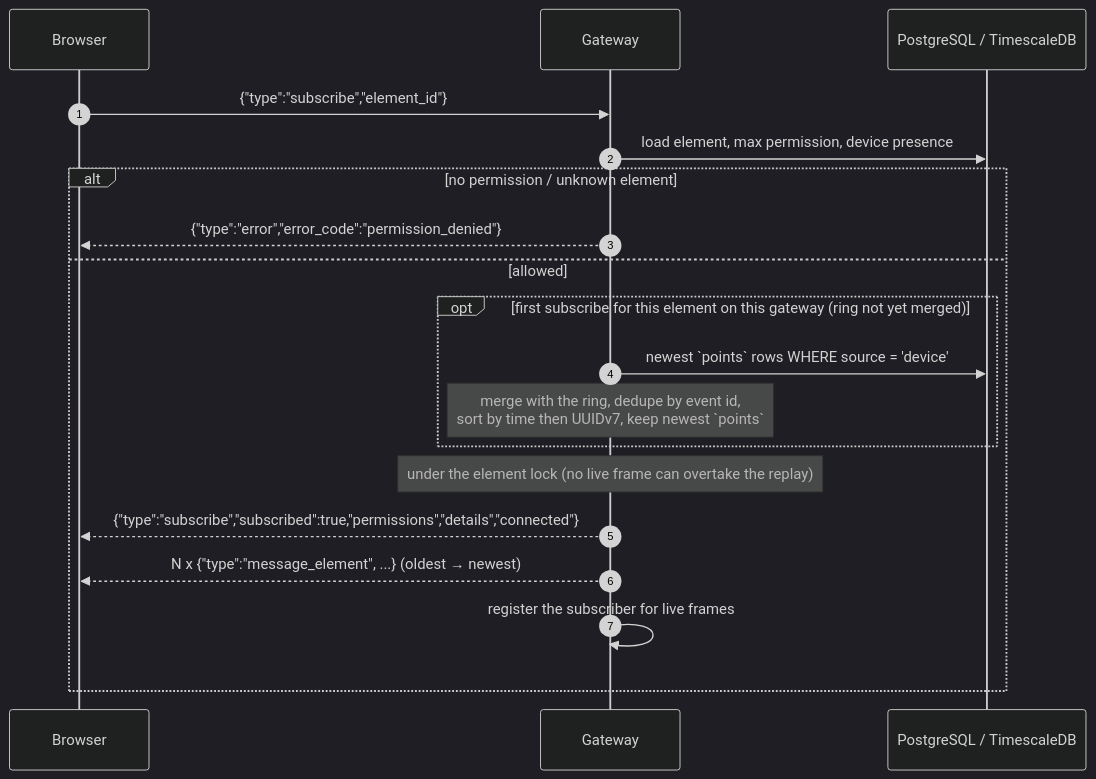
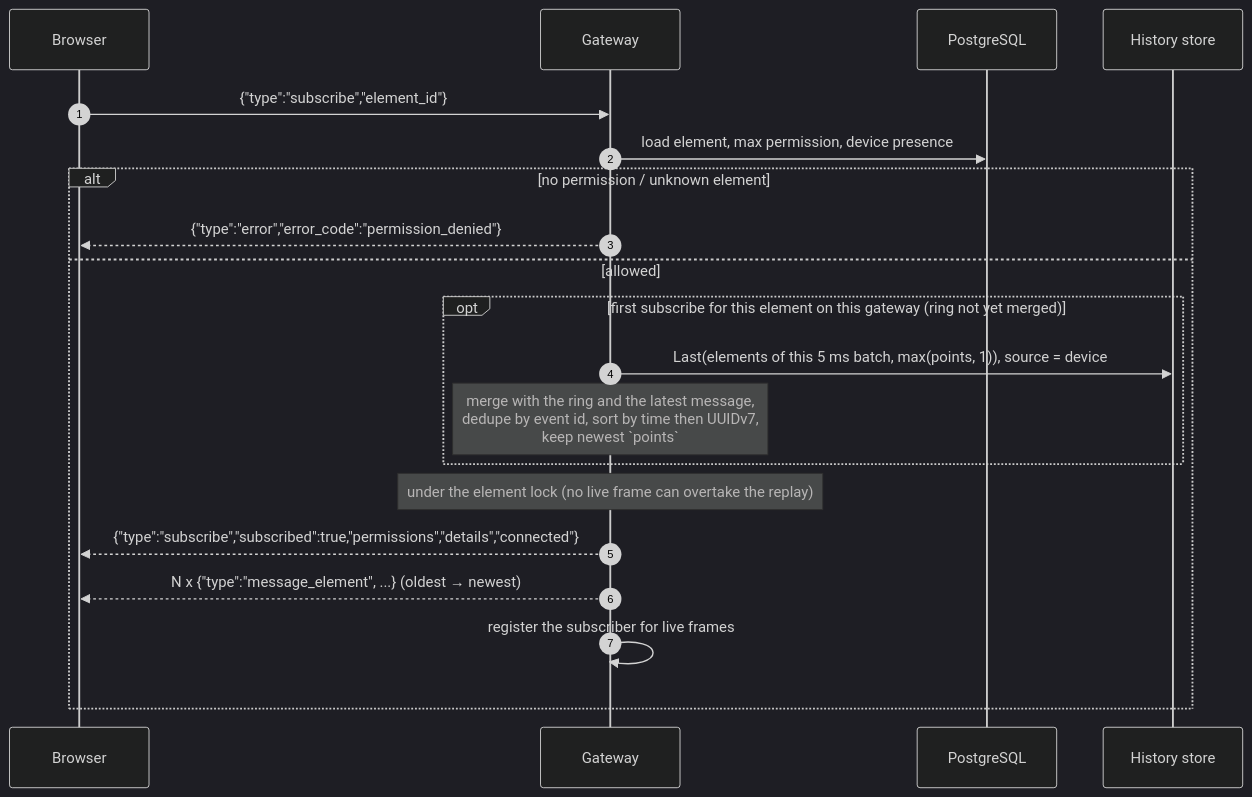
One commit to taha2samy-3/qauk-qauk changed the sixth of 6 diagrams in docs/02_architecture.md. Above: the diagram before and after it, drawn with Mermaid (dark theme). The commit also changed other lines of this file and 5 other files, not shown here.

````diff
--- a/docs/02_architecture.md
+++ b/docs/02_architecture.md
@@ -173,22 +182,23 @@
 ```mermaid
 sequenceDiagram
   autonumber
   participant B as Browser
   participant G as Gateway
-  participant PG as PostgreSQL / TimescaleDB
+  participant PG as PostgreSQL
+  participant H as History store
 
   B->>G: {"type":"subscribe","element_id"}
   G->>PG: load element, max permission, device presence
   alt no permission / unknown element
     G-->>B: {"type":"error","error_code":"permission_denied"}
   else allowed
     opt first subscribe for this element on this gateway (ring not yet merged)
-      G->>PG: newest `points` rows WHERE source = 'device'
-      Note over G: merge with the ring, dedupe by event id,<br/>sort by time then UUIDv7, keep newest `points`
+      G->>H: Last(elements of this 5 ms batch, max(points, 1)), source = device
+      Note over G: merge with the ring and the latest message,<br/>dedupe by event id, sort by time then UUIDv7,<br/>keep newest `points`
     end
     Note over G: under the element lock (no live frame can overtake the replay)
     G-->>B: {"type":"subscribe","subscribed":true,"permissions","details","connected"}
     G-->>B: N x {"type":"message_element", ...} (oldest → newest)
     G->>G: register the subscriber for live frames
   end
 ```
````
